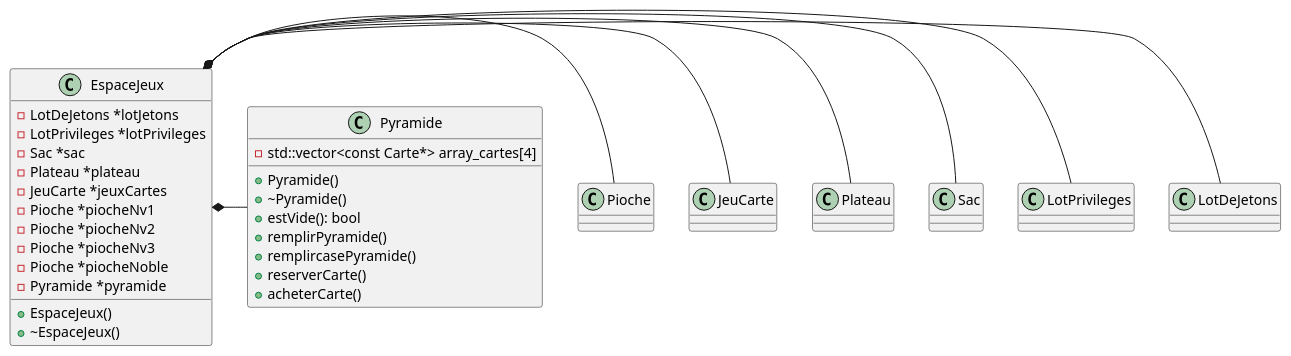
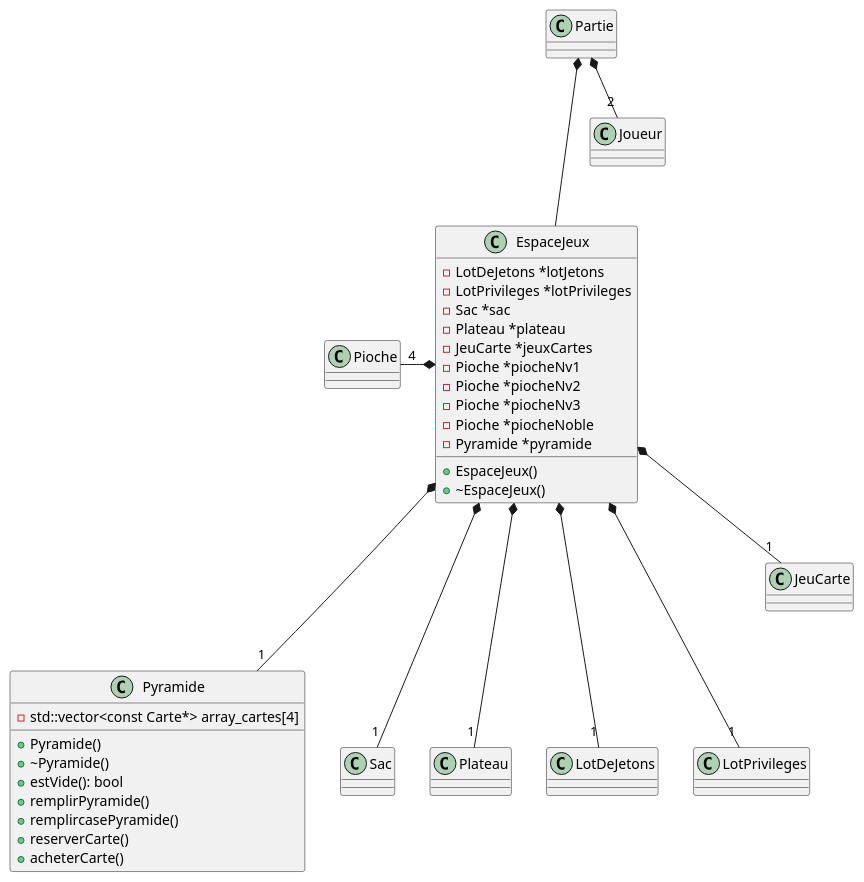
Before and after one commit to theguega/OOP-Board-Game: the diagram in uml/partie/espacejeux.plantuml, drawn with PlantUML. The commit also changed 1 other file, not shown here.

Commit message:
dernier check de mes uml

```diff
--- a/uml/partie/espacejeux.plantuml
+++ b/uml/partie/espacejeux.plantuml
@@ -1,41 +1,43 @@
 @startuml
 
 class Pyramide {
     - std::vector<const Carte*> array_cartes[4]
 
     + Pyramide()
     + ~Pyramide()
     + estVide(): bool
     + remplirPyramide()
     + remplircasePyramide()
     + reserverCarte()
     + acheterCarte()
 }
 
 class EspaceJeux {
     - LotDeJetons *lotJetons
     - LotPrivileges *lotPrivileges
     - Sac *sac
     - Plateau *plateau
     - JeuCarte *jeuxCartes
     - Pioche *piocheNv1
     - Pioche *piocheNv2
     - Pioche *piocheNv3
     - Pioche *piocheNoble
     - Pyramide *pyramide
 
     + EspaceJeux()
     + ~EspaceJeux()
 }
 
 
-EspaceJeux *- LotDeJetons
-EspaceJeux *- LotPrivileges
-EspaceJeux *- Sac
-EspaceJeux *- Plateau
+Partie *--- EspaceJeux
+Partie *--"2" Joueur
 
+EspaceJeux *---"1" Sac
+EspaceJeux *---"1" Pyramide
+EspaceJeux *---"1" Plateau
+EspaceJeux *---"1" LotDeJetons
+EspaceJeux *---"1" LotPrivileges
+EspaceJeux *--"1" JeuCarte
+Pioche "4"-* EspaceJeux
 
-EspaceJeux *- JeuCarte
-EspaceJeux *- Pioche
-EspaceJeux *- Pyramide
 @enduml
```
